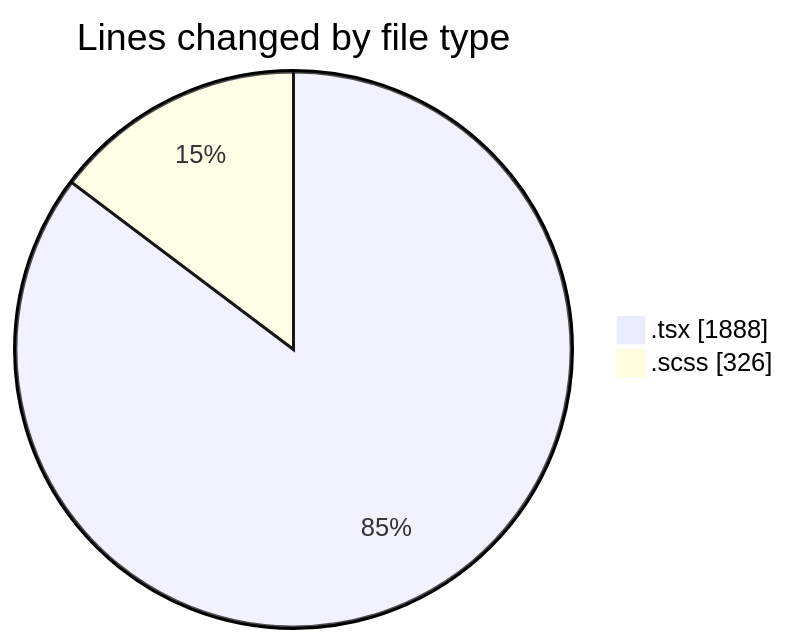
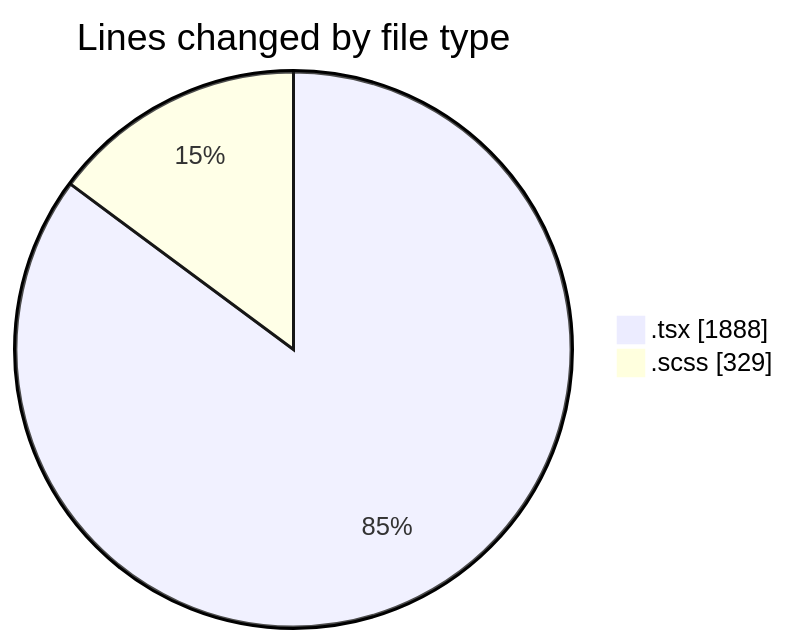
The first of 2 diagrams in 2025-04-07/cda/README.md (momahboobian/code-tracking), drawn with Mermaid before and after one commit. The commit also changed other lines of this file and 1 other file, not shown here.

````diff
--- a/2025-04-07/cda/README.md
+++ b/2025-04-07/cda/README.md
@@ -26,6 +26,6 @@
 ```mermaid
 pie showData
 title Lines changed by file type
 ".tsx" : 1888
-".scss" : 326
+".scss" : 329
 ```
````
